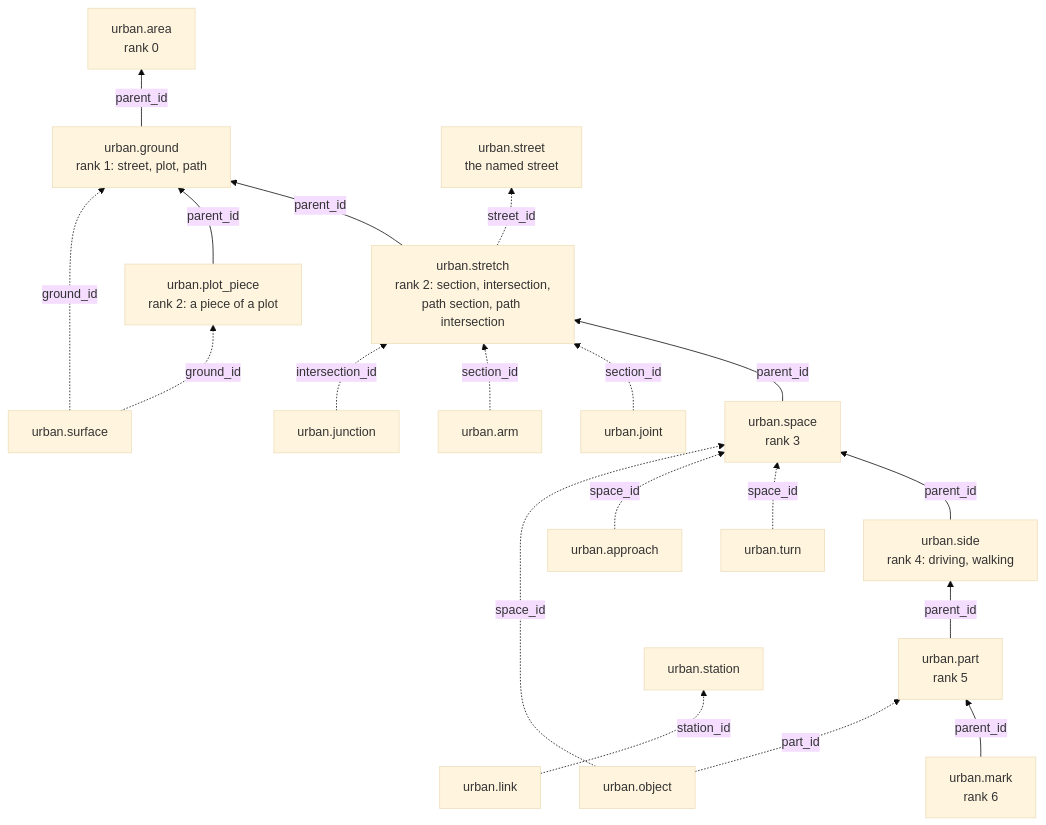
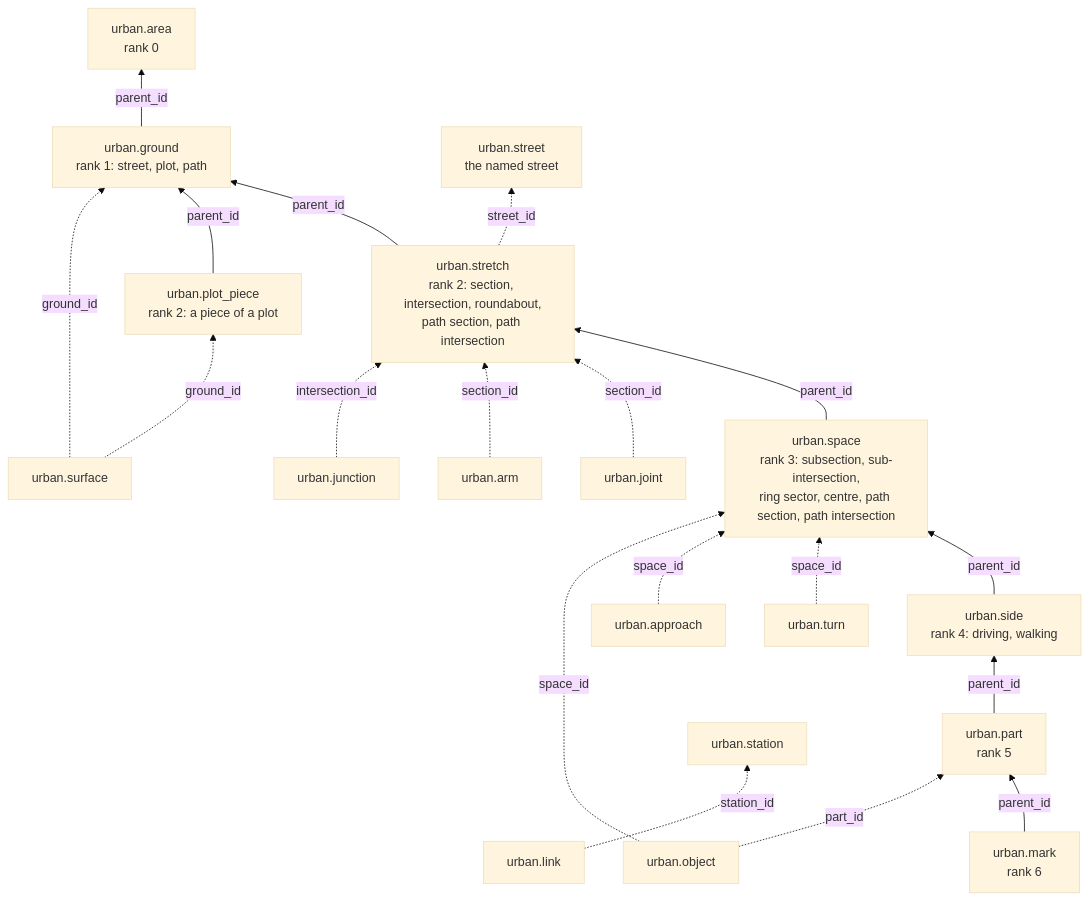
Before and after one commit to Khoshkhah/urbanstyle: the diagram in docs/design/tables.md, drawn with Mermaid (base theme). The commit also changed other lines of this file and 5 other files, not shown here.

First line of the commit message:
The design: sub-intersections at rank 3, the roundabout, one junction area, no slivers

````diff
--- a/docs/design/tables.md
+++ b/docs/design/tables.md
@@ -19,40 +19,40 @@
 ```mermaid
 flowchart BT
     area["urban.area<br/>rank 0"]
     ground["urban.ground<br/>rank 1: street, plot, path"]
-    stretch["urban.stretch<br/>rank 2: section, intersection,<br/>path section, path intersection"]
+    stretch["urban.stretch<br/>rank 2: section, intersection, roundabout,<br/>path section, path intersection"]
     piece["urban.plot_piece<br/>rank 2: a piece of a plot"]
-    space["urban.space<br/>rank 3"]
+    space["urban.space<br/>rank 3: subsection, sub-intersection,<br/>ring sector, centre, path section, path intersection"]
     side["urban.side<br/>rank 4: driving, walking"]
     part["urban.part<br/>rank 5"]
     mark["urban.mark<br/>rank 6"]
     ground -->|parent_id| area
     stretch -->|parent_id| ground
     piece -->|parent_id| ground
     space -->|parent_id| stretch
     side -->|parent_id| space
     part -->|parent_id| side
     mark -->|parent_id| part
 
     street["urban.street<br/>the named street"]
     joint["urban.joint"]
     arm["urban.arm"]
     junction["urban.junction"]
     turn["urban.turn"]
     approach["urban.approach"]
     object["urban.object"]
     surface["urban.surface"]
     link["urban.link"]
     station["urban.station"]
     stretch -.->|street_id| street
     joint -.->|section_id| stretch
     arm -.->|section_id| stretch
     junction -.->|intersection_id| stretch
     turn -.->|space_id| space
     approach -.->|space_id| space
     object -.->|space_id| space
     object -.->|part_id| part
     surface -.->|ground_id| ground
     surface -.->|ground_id| piece
     link -.->|station_id| station
 ```
````
